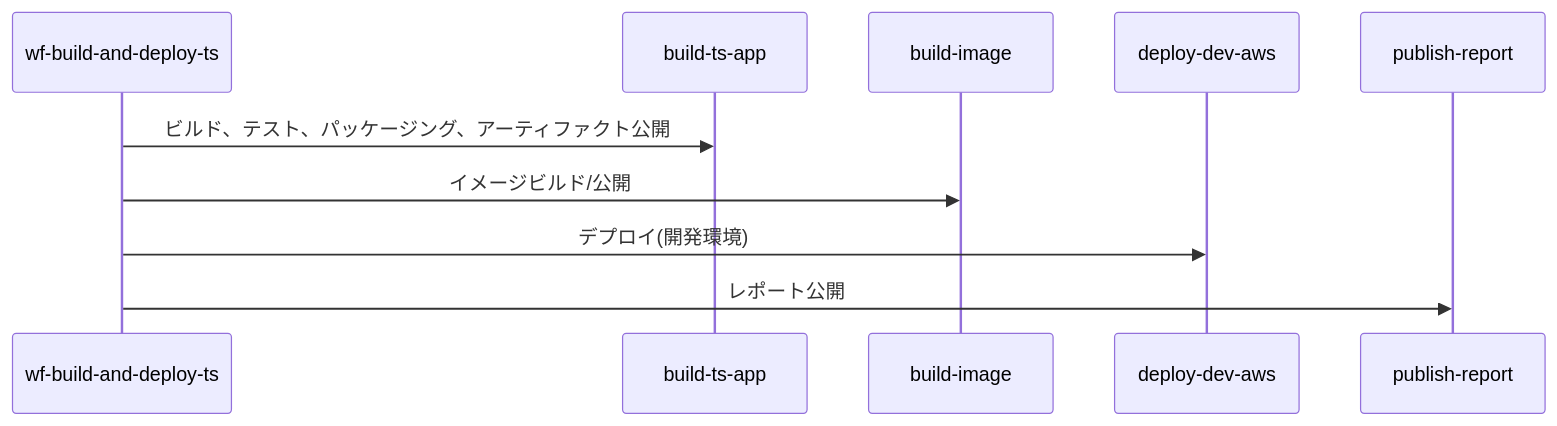
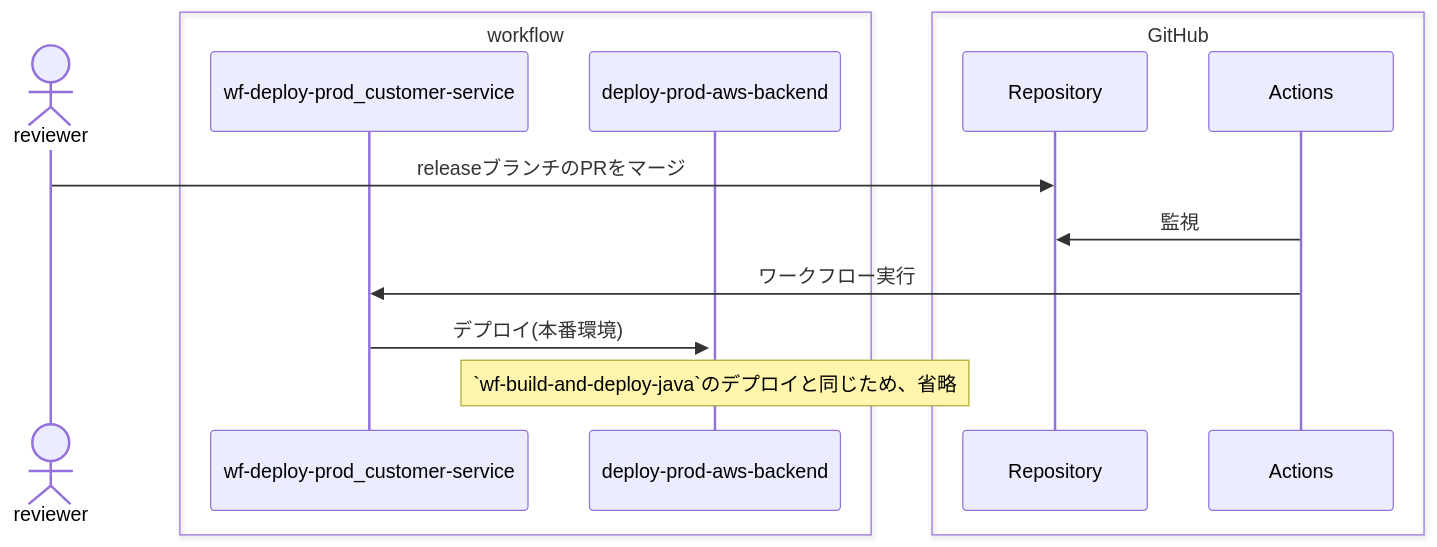
One commit to ubata-mamezou/consider-cicd changed the fourth of 4 diagrams in .github/sample-code-explanation.md. Above: the diagram before and after it, drawn with Mermaid. The commit also changed other lines of this file and 22 other files, not shown here.

````diff
--- a/.github/sample-code-explanation.md
+++ b/.github/sample-code-explanation.md
@@ -48,7 +219,20 @@
 ```mermaid
 sequenceDiagram
-  wf-build-and-deploy-ts ->> build-ts-app: ビルド、テスト、パッケージング、アーティファクト公開
-  wf-build-and-deploy-ts ->> build-image: イメージビルド/公開
-  wf-build-and-deploy-ts ->> deploy-dev-aws: デプロイ(開発環境)
-  wf-build-and-deploy-ts ->> publish-report: レポート公開
+  actor reviewer
+
+  box workflow
+    participant wf-deploy-prod_customer-service
+    participant deploy-prod-aws-backend
+  end
+
+  box GitHub
+    participant Repository
+    participant Actions
+  end
+
+  reviewer ->> Repository: releaseブランチのPRをマージ
+  Actions ->> Repository: 監視
+  Actions ->> wf-deploy-prod_customer-service: ワークフロー実行
+    wf-deploy-prod_customer-service ->>+ deploy-prod-aws-backend: デプロイ(本番環境)
+    note over deploy-prod-aws-backend: `wf-build-and-deploy-java`のデプロイと同じため、省略
 ```
````
